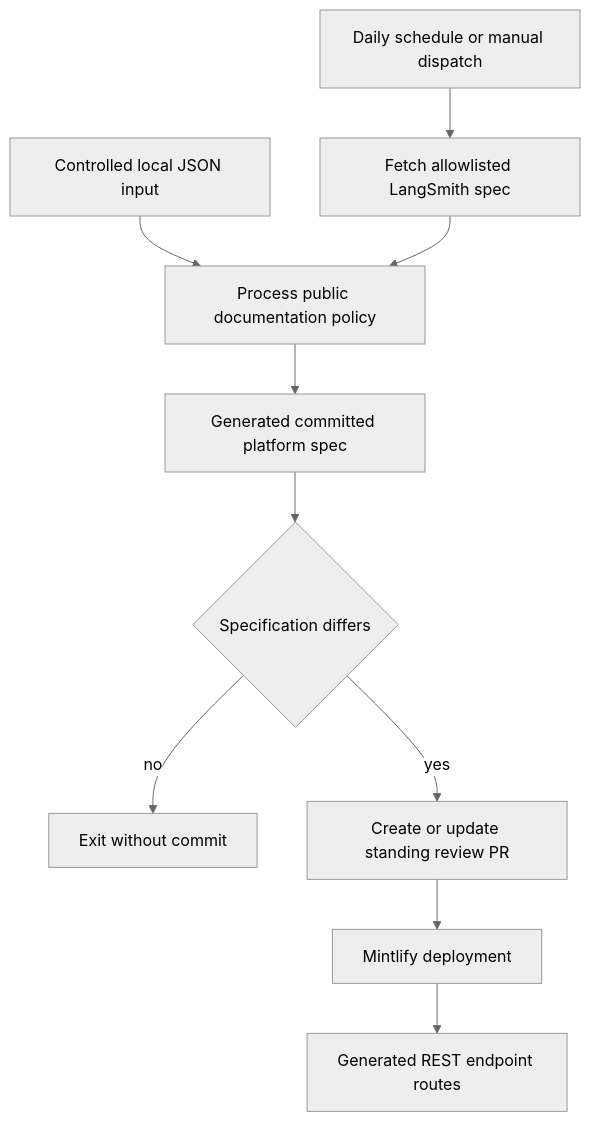
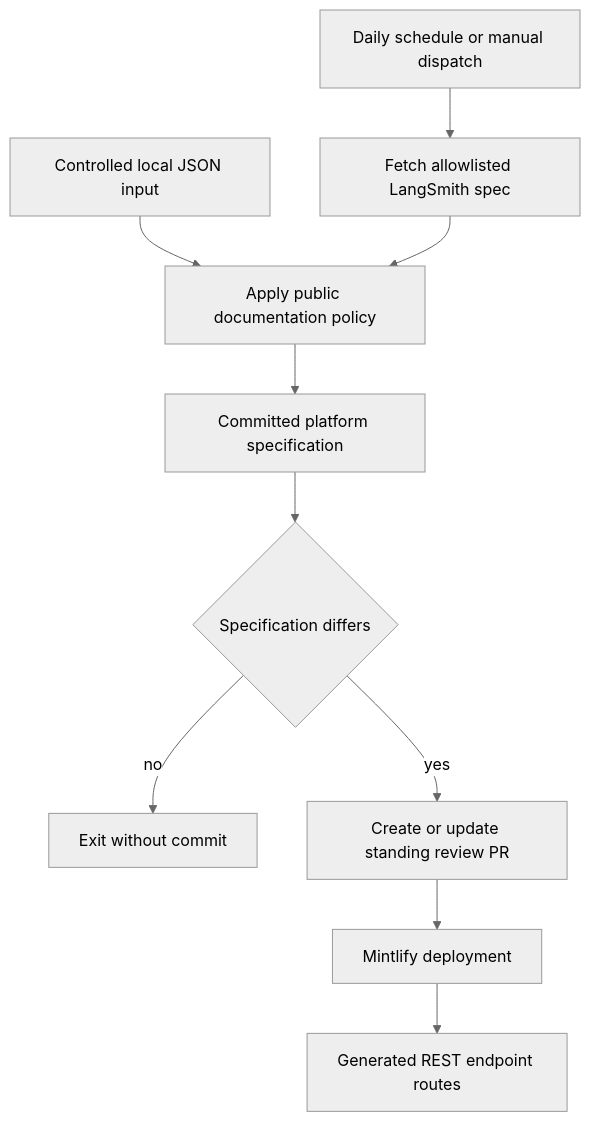
The diagram in openwiki/workflows/langsmith-openapi-refresh.md (langchain-ai/docs), drawn with Mermaid (neutral theme) before and after one commit. The commit also changed other lines of this file and 39 other files, not shown here.

````diff
--- a/openwiki/workflows/langsmith-openapi-refresh.md
+++ b/openwiki/workflows/langsmith-openapi-refresh.md
@@ -50,12 +47,12 @@
 ```mermaid
 flowchart TD
     Trigger["Daily schedule or manual dispatch"] --> Fetch["Fetch allowlisted LangSmith spec"]
-    Local["Controlled local JSON input"] --> Process["Process public documentation policy"]
+    Local["Controlled local JSON input"] --> Process["Apply public documentation policy"]
     Fetch --> Process
-    Process --> Artifact["Generated committed platform spec"]
+    Process --> Artifact["Committed platform specification"]
     Artifact --> Diff{"Specification differs"}
     Diff -->|"no"| Stop["Exit without commit"]
-    Diff -->|"yes"| Standing["Create or update standing review PR"]
-    Standing --> Mint["Mintlify deployment"]
+    Diff -->|"yes"| Review["Create or update standing review PR"]
+    Review --> Mint["Mintlify deployment"]
     Mint --> Routes["Generated REST endpoint routes"]
 ```
````
